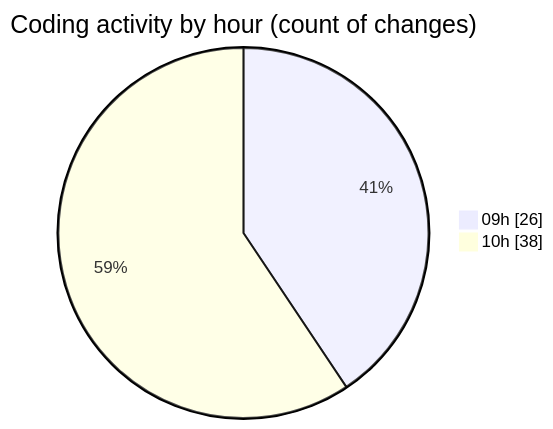
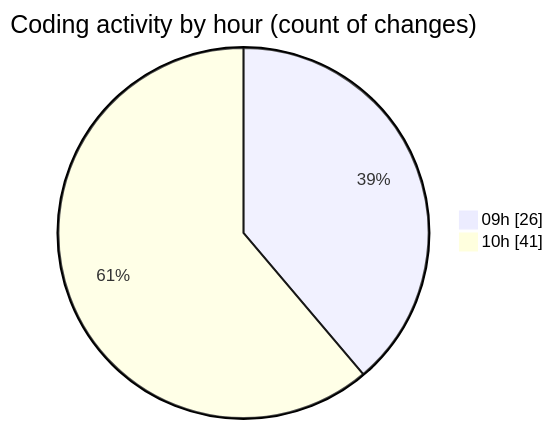
One commit to momahboobian/code-tracking changed the second of 2 diagrams in 2026-05-12/cda/README.md. Above: the diagram before and after it, drawn with Mermaid. The commit also changed other lines of this file and 1 other file, not shown here.

````diff
--- a/2026-05-12/cda/README.md
+++ b/2026-05-12/cda/README.md
@@ -50,6 +50,6 @@
 ```mermaid
 pie showData
 title Coding activity by hour (count of changes)
 "09h" : 26
-"10h" : 38
+"10h" : 41
 ```
````
